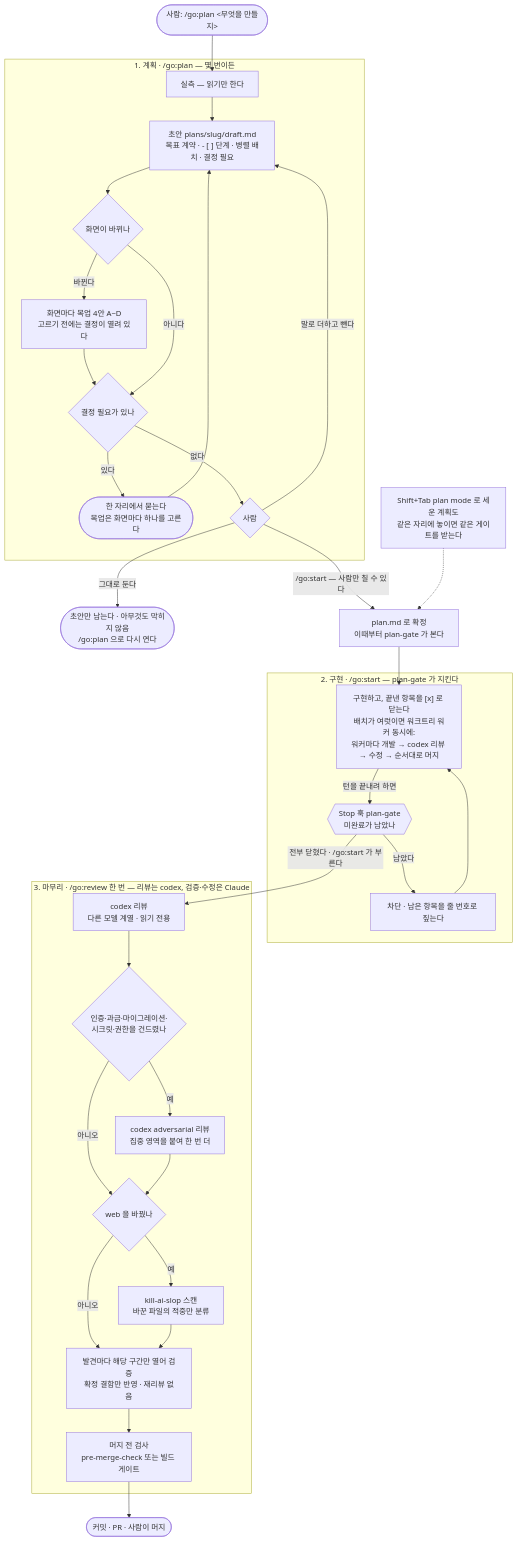
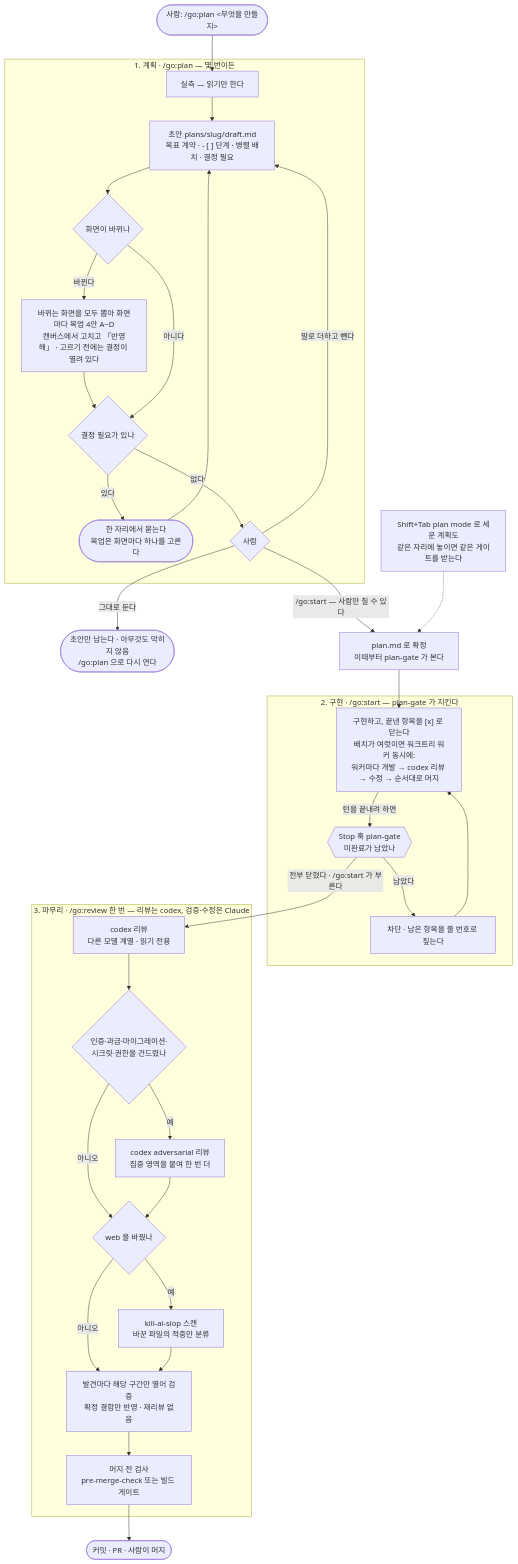
The first of 3 diagrams in README.md (jwjinn/go-skill), drawn with Mermaid before and after one commit. The commit also changed other lines of this file and 2 other files, not shown here.

````diff
--- a/README.md
+++ b/README.md
@@ -23,39 +23,39 @@
 ```mermaid
 flowchart TD
     U(["사람: /go:plan <무엇을 만들지>"]) --> PM
 
     subgraph S1["1. 계획 · /go:plan — 몇 번이든"]
         PM["실측 — 읽기만 한다"] --> PF["초안 plans/slug/draft.md<br/>목표 계약 · - [ ] 단계 · 병렬 배치 · 결정 필요"]
         PF --> MQ{"화면이 바뀌나"}
-        MQ -->|"바뀐다"| MK["화면마다 목업 4안 A~D<br/>고르기 전에는 결정이 열려 있다"] --> DQ
+        MQ -->|"바뀐다"| MK["바뀌는 화면을 모두 뽑아 화면마다 목업 4안 A~D<br/>캔버스에서 고치고 「반영해」 · 고르기 전에는 결정이 열려 있다"] --> DQ
         MQ -->|"아니다"| DQ{"결정 필요가 있나"}
         DQ -->|"있다"| ASK(["한 자리에서 묻는다<br/>목업은 화면마다 하나를 고른다"]) --> PF
         DQ -->|"없다"| OK{"사람"}
         OK -->|"말로 더하고 뺀다"| PF
     end
 
     OK -->|"그대로 둔다"| HOLD(["초안만 남는다 · 아무것도 막히지 않음<br/>/go:plan 으로 다시 연다"])
     OK -->|"/go:start — 사람만 칠 수 있다"| CONF["plan.md 로 확정<br/>이때부터 plan-gate 가 본다"] --> IM
     G["Shift+Tab plan mode 로 세운 계획도<br/>같은 자리에 놓이면 같은 게이트를 받는다"] -.-> CONF
 
     subgraph S2["2. 구현 · /go:start — plan-gate 가 지킨다"]
         IM["구현하고, 끝낸 항목을 [x] 로 닫는다<br/>배치가 여럿이면 워크트리 워커 동시에:<br/>워커마다 개발 → codex 리뷰 → 수정 → 순서대로 머지"] -->|"턴을 끝내려 하면"| GT{{"Stop 훅 plan-gate<br/>미완료가 남았나"}}
         GT -->|"남았다"| BL["차단 · 남은 항목을 줄 번호로 짚는다"]
         BL --> IM
     end
 
     GT -->|"전부 닫혔다 · /go:start 가 부른다"| CX
 
     subgraph S3["3. 마무리 · /go:review 한 번 — 리뷰는 codex, 검증·수정은 Claude"]
         CX["codex 리뷰<br/>다른 모델 계열 · 읽기 전용"] --> SEN{"인증·과금·마이그레이션·<br/>시크릿·권한을 건드렸나"}
         SEN -->|"예"| ADV["codex adversarial 리뷰<br/>집중 영역을 붙여 한 번 더"]
         SEN -->|"아니오"| WB{"web 을 바꿨나"}
         ADV --> WB
         WB -->|"예"| SL["kill-ai-slop 스캔<br/>바꾼 파일의 적중만 분류"]
         WB -->|"아니오"| FX
         SL --> FX["발견마다 해당 구간만 열어 검증<br/>확정 결함만 반영 · 재리뷰 없음"]
         FX --> CK["머지 전 검사<br/>pre-merge-check 또는 빌드 게이트"]
     end
 
     CK --> PR(["커밋 · PR · 사람이 머지"])
 ```
````
